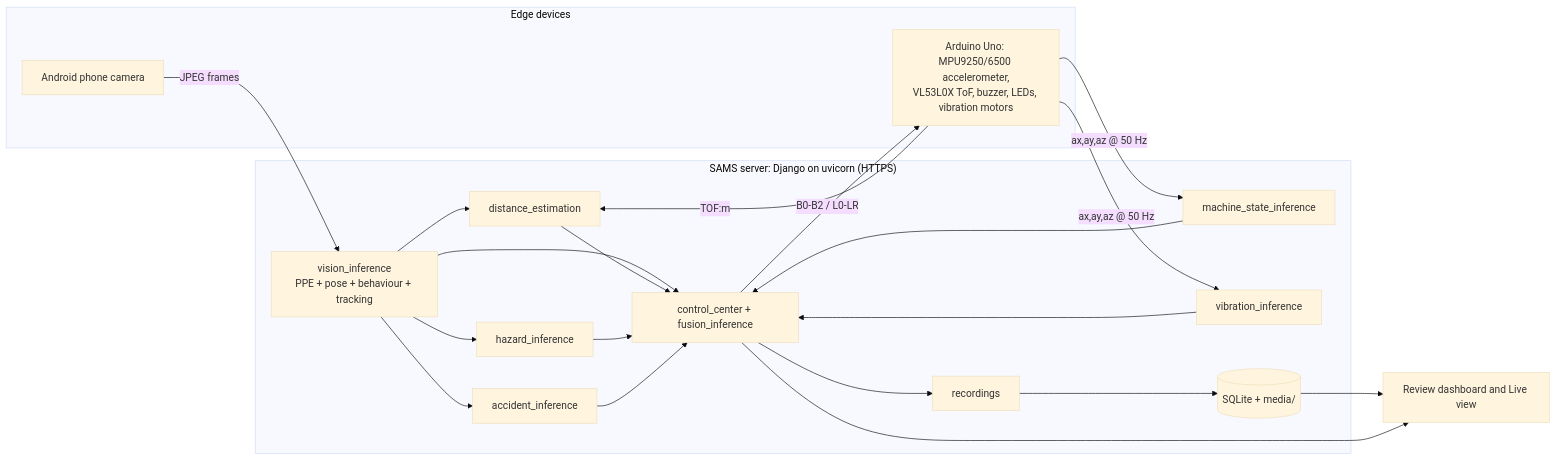
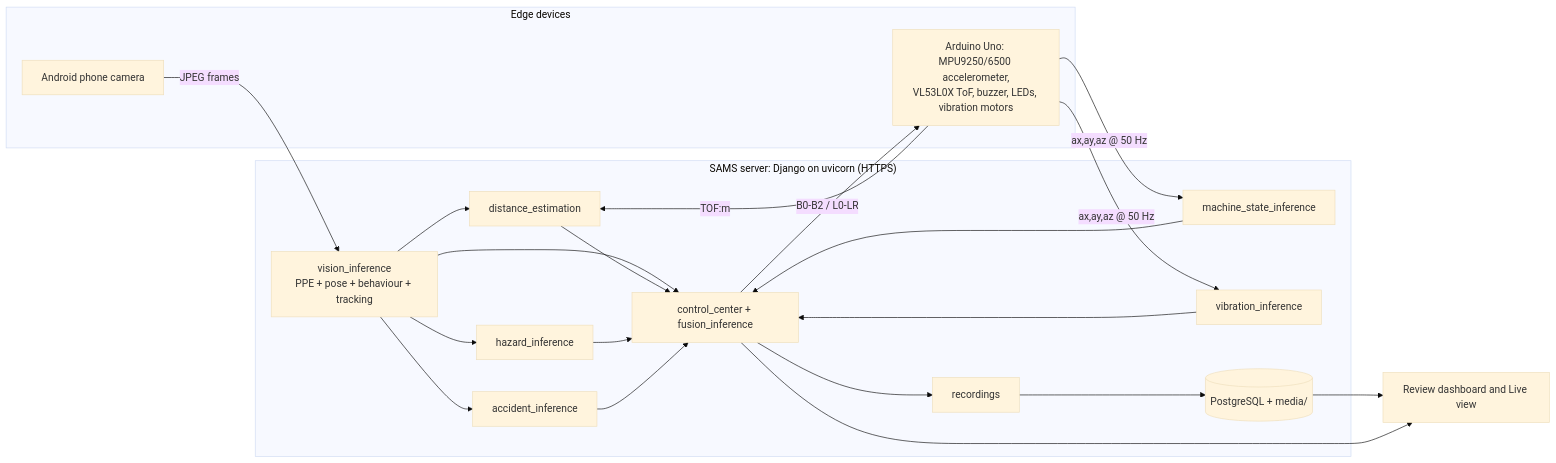
Before and after one commit to Bonaparte003/Smart-Accident-System-Monitoring-SAMS-: the first of 3 diagrams in README.md, drawn with Mermaid (base theme). The commit also changed other lines of this file and 2 other files, not shown here.

````diff
--- a/README.md
+++ b/README.md
@@ -68,36 +68,36 @@
 ```mermaid
 flowchart LR
     subgraph EDGE["Edge devices"]
         PHONE["Android phone camera"]
         ARD["Arduino Uno: MPU9250/6500 accelerometer,<br/>VL53L0X ToF, buzzer, LEDs, vibration motors"]
     end
     subgraph SERVER["SAMS server: Django on uvicorn (HTTPS)"]
         VIS["vision_inference<br/>PPE + pose + behaviour + tracking"]
         HAZ[hazard_inference]
         ACC[accident_inference]
         DIST[distance_estimation]
         MS[machine_state_inference]
         VIB[vibration_inference]
         CC["control_center + fusion_inference"]
         REC[recordings]
-        DB[(SQLite + media/)]
+        DB[(PostgreSQL + media/)]
     end
     UI["Review dashboard and Live view"]
 
     PHONE -- JPEG frames --> VIS
     ARD -- "ax,ay,az @ 50 Hz" --> MS
     ARD -- "ax,ay,az @ 50 Hz" --> VIB
     ARD -- "TOF:m" --> DIST
     VIS --> DIST
     VIS --> HAZ
     VIS --> ACC
     VIS --> CC
     DIST --> CC
     HAZ --> CC
     ACC --> CC
     MS --> CC
     VIB --> CC
     CC -- "B0-B2 / L0-LR" --> ARD
     CC --> REC --> DB --> UI
     CC --> UI
 ```
````
